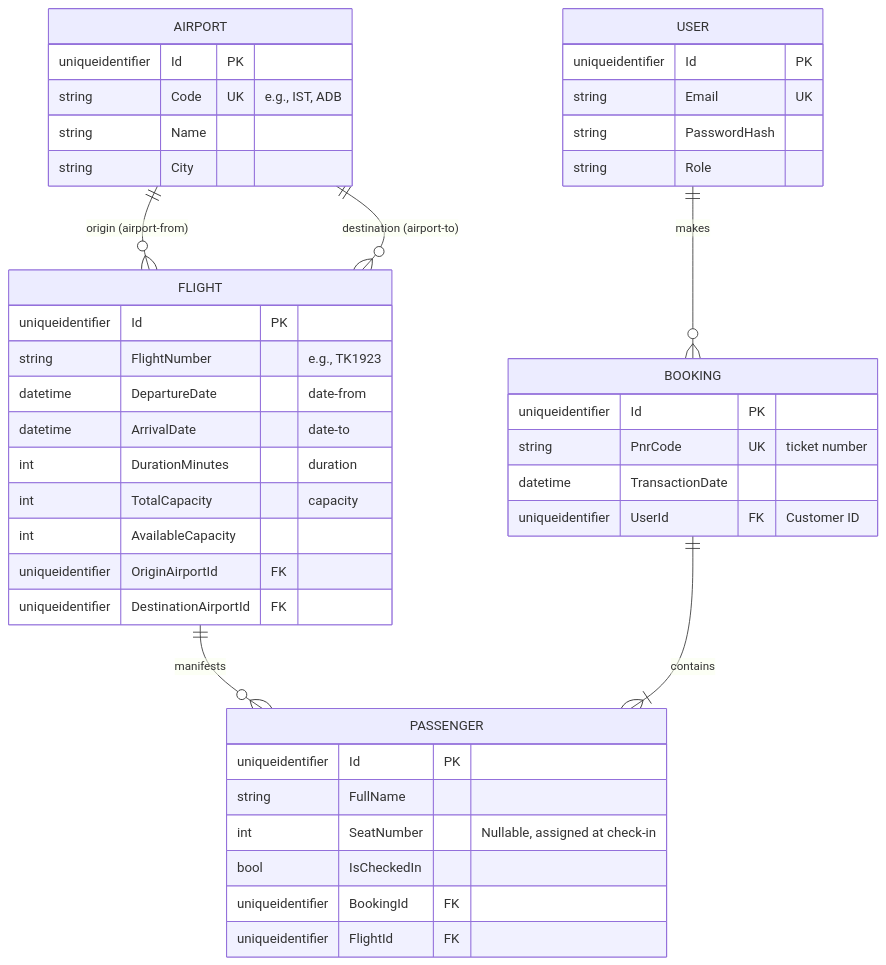
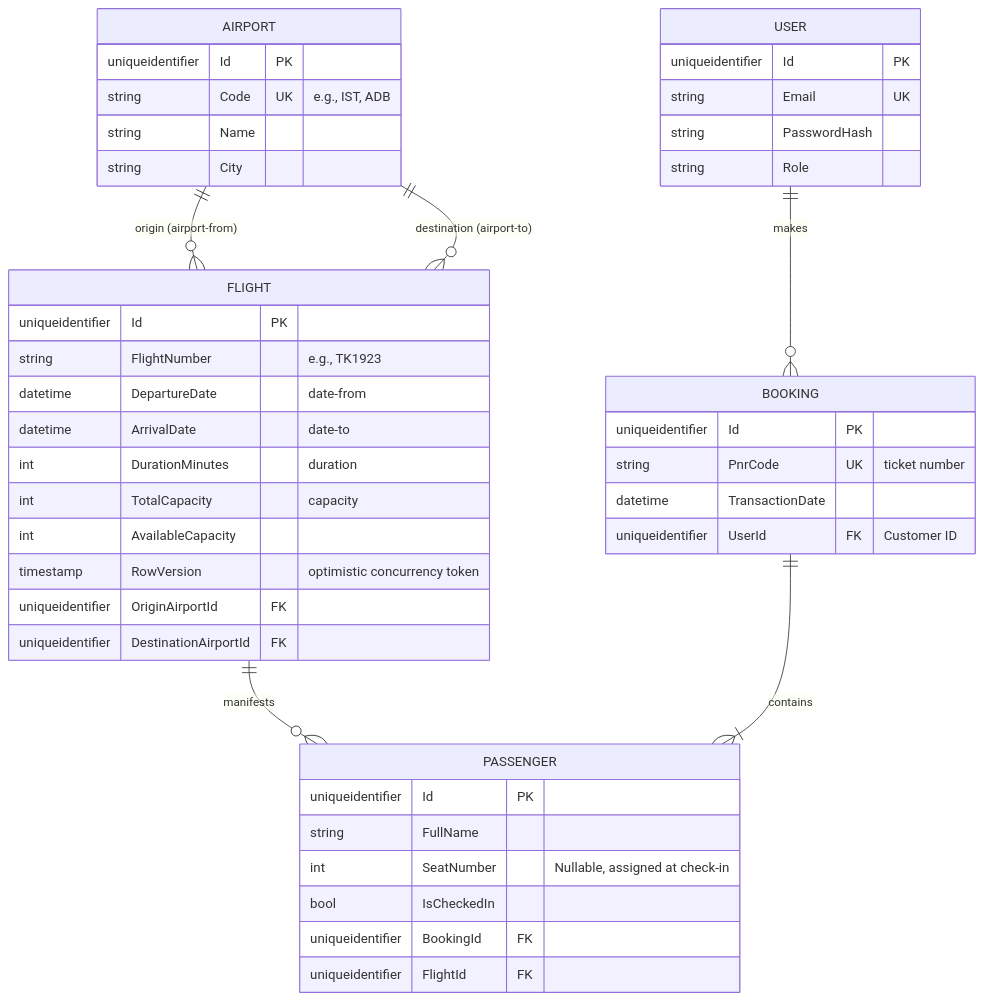
Before and after one commit to this-Demir/Airline-API-dotnet: the diagram in docs/db_schema.md, drawn with Mermaid. The commit also changed other lines of this file and 6 other files, not shown here.

````diff
--- a/docs/db_schema.md
+++ b/docs/db_schema.md
@@ -11,50 +11,51 @@
 ```mermaid
 erDiagram
     USER ||--o{ BOOKING : "makes"
     AIRPORT ||--o{ FLIGHT : "origin (airport-from)"
     AIRPORT ||--o{ FLIGHT : "destination (airport-to)"
     FLIGHT ||--o{ PASSENGER : "manifests"
     BOOKING ||--|{ PASSENGER : "contains"
 
     USER {
         uniqueidentifier Id PK
         string Email UK
         string PasswordHash
         string Role
     }
 
     AIRPORT {
         uniqueidentifier Id PK
         string Code UK "e.g., IST, ADB"
         string Name
         string City
     }
 
     FLIGHT {
         uniqueidentifier Id PK
         string FlightNumber "e.g., TK1923"
         datetime DepartureDate "date-from"
         datetime ArrivalDate "date-to"
         int DurationMinutes "duration"
         int TotalCapacity "capacity"
-        int AvailableCapacity 
+        int AvailableCapacity
+        timestamp RowVersion "optimistic concurrency token"
         uniqueidentifier OriginAirportId FK
         uniqueidentifier DestinationAirportId FK
     }
 
     BOOKING {
         uniqueidentifier Id PK
         string PnrCode UK "ticket number"
         datetime TransactionDate
         uniqueidentifier UserId FK "Customer ID"
     }
 
     PASSENGER {
         uniqueidentifier Id PK
         string FullName
         int SeatNumber "Nullable, assigned at check-in"
         bool IsCheckedIn
         uniqueidentifier BookingId FK
         uniqueidentifier FlightId FK
     }
 ```
````
